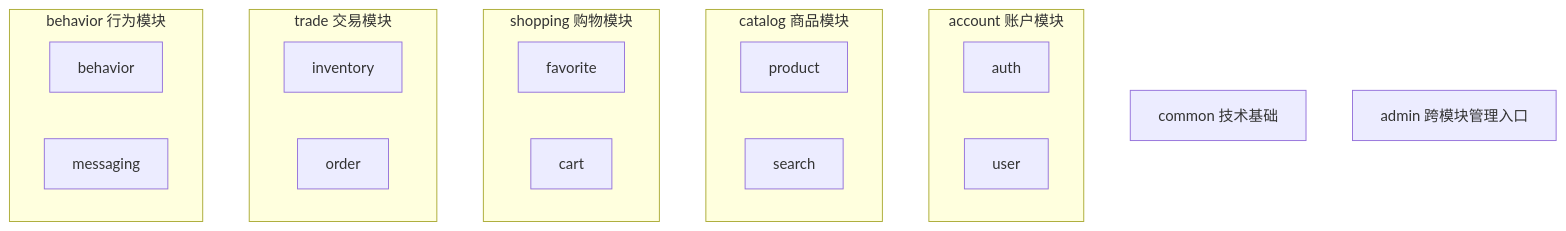
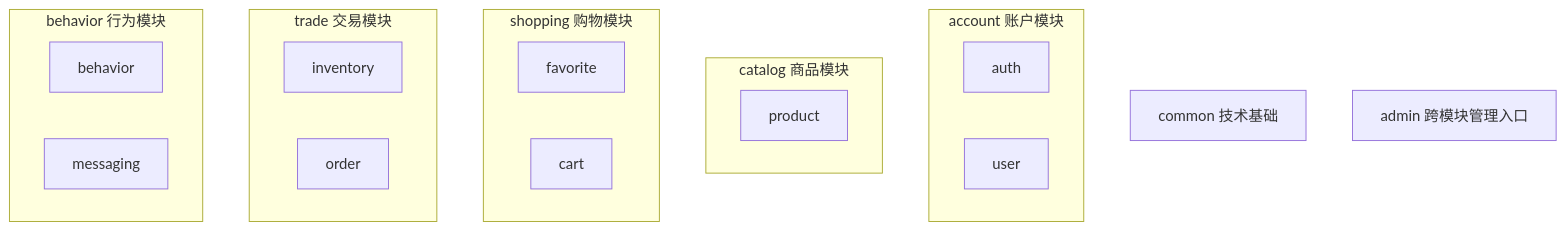
One commit to XMU-Linjer/persona-flow-commerce changed the fourth of 15 diagrams in docs/v1.0-architecture.md. Above: the diagram before and after it, drawn with Mermaid. The commit also changed other lines of this file and 2 other files, not shown here.

````diff
--- a/docs/v1.0-architecture.md
+++ b/docs/v1.0-architecture.md
@@ -170,31 +170,30 @@
 ```mermaid
 flowchart TB
     Common[common 技术基础]
 
     subgraph AccountDomain[account 账户模块]
         Auth[auth]
         User[user]
     end
 
     subgraph CatalogDomain[catalog 商品模块]
         Product[product]
-        Search[search]
     end
 
     subgraph ShoppingDomain[shopping 购物模块]
         Favorite[favorite]
         Cart[cart]
     end
 
     subgraph TradeDomain[trade 交易模块]
         Inventory[inventory]
         Order[order]
     end
 
     subgraph BehaviorDomain[behavior 行为模块]
         BehaviorPkg[behavior]
         Messaging[messaging]
     end
 
     Admin[admin 跨模块管理入口]
 ```
````
